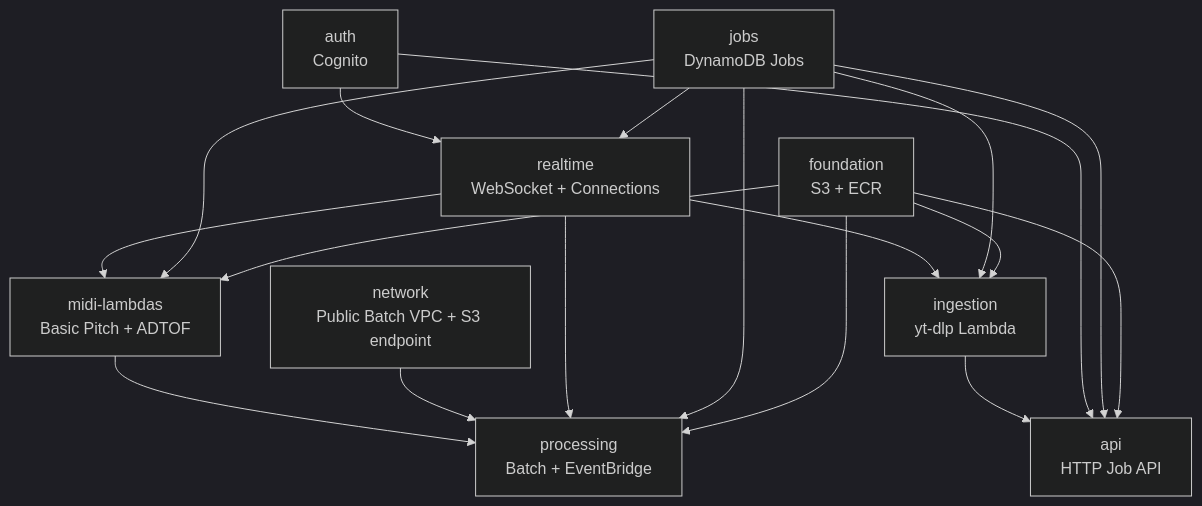
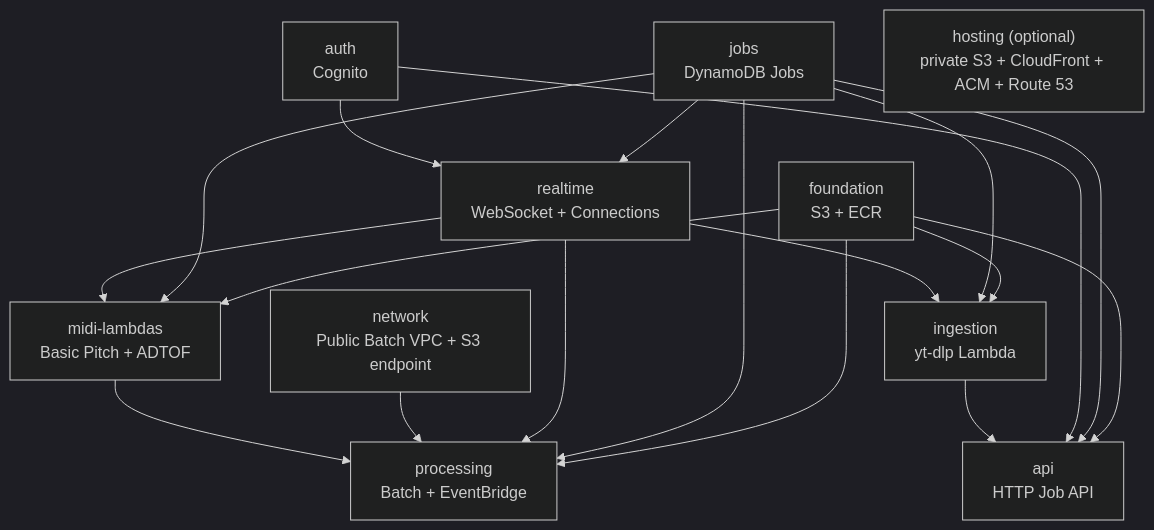
Before and after one commit to Y1ktor/CloudDSP: the fourth of 4 diagrams in docs/architecture.md, drawn with Mermaid (dark theme). The commit also changed other lines of this file and 13 other files, not shown here.

```diff
--- a/docs/architecture.md
+++ b/docs/architecture.md
@@ -780,30 +869,31 @@
 ~~~mermaid
 flowchart TD
     Foundation["foundation<br/>S3 + ECR"]
     Jobs["jobs<br/>DynamoDB Jobs"]
     Auth["auth<br/>Cognito"]
     Network["network<br/>Public Batch VPC + S3 endpoint"]
     Realtime["realtime<br/>WebSocket + Connections"]
     Midi["midi-lambdas<br/>Basic Pitch + ADTOF"]
     Ingestion["ingestion<br/>yt-dlp Lambda"]
     Processing["processing<br/>Batch + EventBridge"]
     Api["api<br/>HTTP Job API"]
+    Hosting["hosting (optional)<br/>private S3 + CloudFront + ACM + Route 53"]
 
     Jobs --> Realtime
     Auth --> Realtime
     Foundation --> Midi
     Jobs --> Midi
     Realtime --> Midi
     Foundation --> Ingestion
     Jobs --> Ingestion
     Realtime --> Ingestion
     Foundation --> Processing
     Jobs --> Processing
     Realtime --> Processing
     Network --> Processing
     Midi --> Processing
     Foundation --> Api
     Jobs --> Api
     Auth --> Api
     Ingestion --> Api
 ~~~
```
